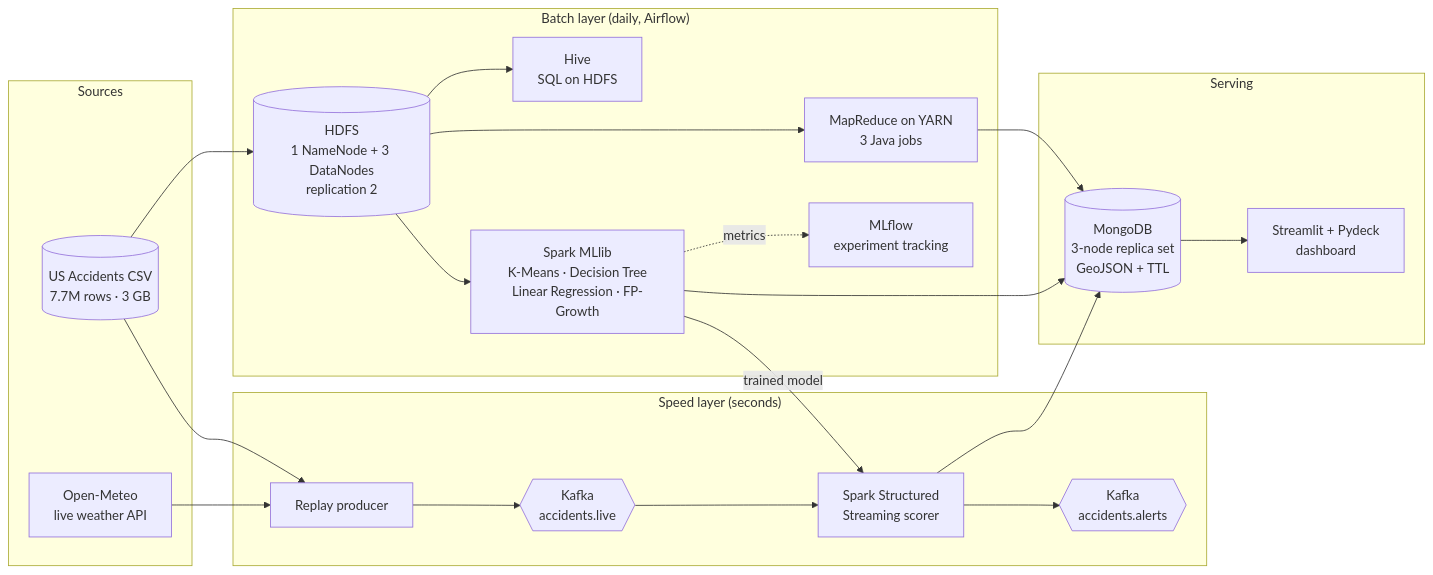
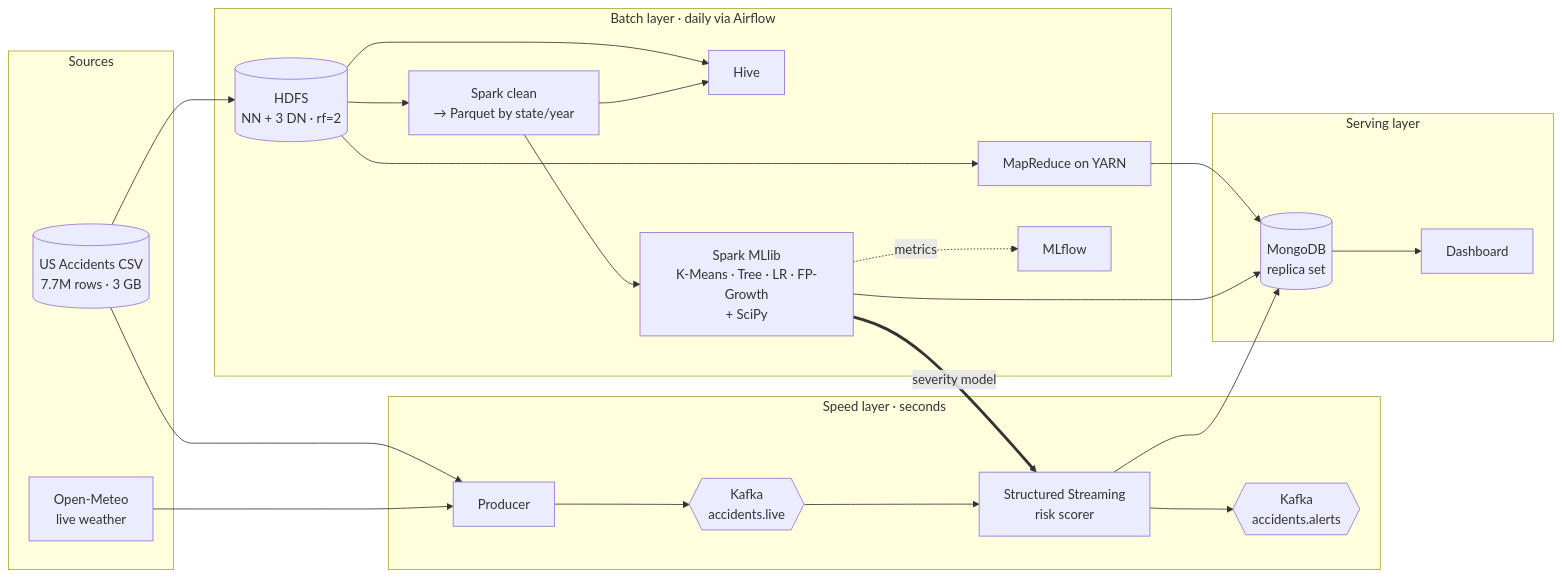
One commit to neevmodh/ARGUS changed the first of 3 diagrams in README.md. Above: the diagram before and after it, drawn with Mermaid. The commit also changed other lines of this file, not shown here.

Commit message:
Rewrite README with diagrams, feature tables, demos and quick start

````diff
--- a/README.md
+++ b/README.md
@@ -13,37 +88,40 @@
 ```mermaid
 flowchart LR
-    subgraph Sources
+    subgraph SRC[Sources]
         CSV[(US Accidents CSV<br/>7.7M rows · 3 GB)]
-        OM[Open-Meteo<br/>live weather API]
+        OM[Open-Meteo<br/>live weather]
     end
 
-    subgraph Batch["Batch layer (daily, Airflow)"]
-        HDFS[(HDFS<br/>1 NameNode + 3 DataNodes<br/>replication 2)]
-        MR[MapReduce on YARN<br/>3 Java jobs]
-        HIVE[Hive<br/>SQL on HDFS]
-        SPARK[Spark MLlib<br/>K-Means · Decision Tree<br/>Linear Regression · FP-Growth]
-        MLF[MLflow<br/>experiment tracking]
+    subgraph BATCH[Batch layer · daily via Airflow]
+        HDFS[(HDFS<br/>NN + 3 DN · rf=2)]
+        MR[MapReduce on YARN]
+        HIVE[Hive]
+        CLEAN[Spark clean<br/>→ Parquet by state/year]
+        ML[Spark MLlib<br/>K-Means · Tree · LR · FP-Growth<br/>+ SciPy]
+        MLF[MLflow]
     end
 
-    subgraph Speed["Speed layer (seconds)"]
-        PROD[Replay producer]
-        KAFKA{{Kafka<br/>accidents.live}}
-        SSS[Spark Structured<br/>Streaming scorer]
-        ALERT{{Kafka<br/>accidents.alerts}}
+    subgraph SPEED[Speed layer · seconds]
+        PROD[Producer]
+        K1{{Kafka<br/>accidents.live}}
+        SSS[Structured Streaming<br/>risk scorer]
+        K2{{Kafka<br/>accidents.alerts}}
     end
 
-    subgraph Serving
-        MONGO[(MongoDB<br/>3-node replica set<br/>GeoJSON + TTL)]
-        DASH[Streamlit + Pydeck<br/>dashboard]
+    subgraph SERVE[Serving layer]
+        MDB[(MongoDB<br/>replica set)]
+        UI[Dashboard]
     end
 
-    CSV --> HDFS --> MR --> MONGO
+    CSV --> HDFS
+    HDFS --> MR --> MDB
     HDFS --> HIVE
-    HDFS --> SPARK --> MONGO
-    SPARK -. metrics .-> MLF
-    SPARK -- trained model --> SSS
+    HDFS --> CLEAN --> ML --> MDB
+    CLEAN --> HIVE
+    ML -. metrics .-> MLF
+    ML == severity model ==> SSS
     CSV --> PROD
-    OM --> PROD --> KAFKA --> SSS --> MONGO
-    SSS --> ALERT
-    MONGO --> DASH
+    OM --> PROD --> K1 --> SSS --> MDB
+    SSS --> K2
+    MDB --> UI
 ```
````
